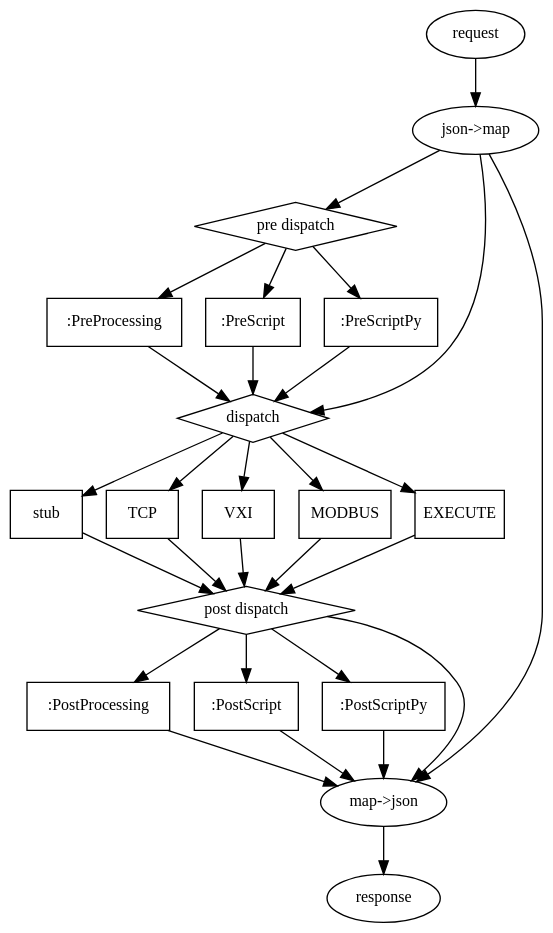
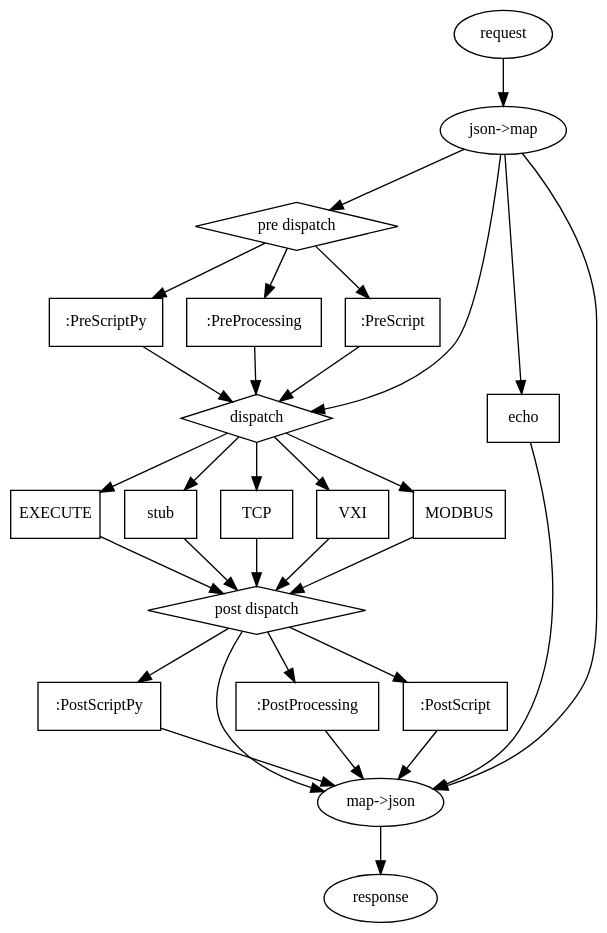
Before and after one commit to wactbprot/devhub: the diagram in docs/req-res.dot, drawn with Graphviz.

Commit message:
echo path

```diff
--- a/docs/req-res.dot
+++ b/docs/req-res.dot
@@ -1,75 +1,80 @@
 digraph  regexp {
         
         bgcolor=transparent                                                             
         node[//color=lightgray,
              //fontcolor=white,
              fontname="Ubuntu",
 	     fontsize=12]
         edge[
              fontname="Ubuntu",
              //color=lightgray
              ]
 
         req [label="request", URL="", tooltip="incomming request"];
         res [label="response", URL="", tooltip="outgoing response"];  
         j2m [label="json->map", URL="", tooltip="decode json to clojure map"];
 
         pre [shape=diamond, label="pre dispatch", URL="", tooltip="pre-scripts or pre-processing"];
         pre_js [shape=box, label=":PreProcessing", URL="", tooltip="pre-processing of js code"];
         pre_clj [shape=box, label=":PreScript", URL="", tooltip="clojure functions"]; 
         pre_py  [shape=box, label=":PreScriptPy", URL="", tooltip="pre-scripts with python3"]; 
 
+        echo [shape=box, label="echo", URL="", tooltip="echo"];
+        
         disp [shape=diamond, label="dispatch", URL="", tooltip="dispatch"];
         stub [shape=box, label="stub", URL="", tooltip="pre defind responses"];
         tcp [shape=box, label="TCP", URL="", tooltip="requests to tcp devices"];
         vxi [shape=box, label="VXI", URL="", tooltip="requests to vxi devices"];
         modbus [shape=box, label="MODBUS", URL="", tooltip="requests to modbus devices"];
         exec [shape=box, label="EXECUTE", URL="", tooltip="execution of commands"];
         
         
         post [shape=diamond, label="post dispatch", URL="", tooltip="post-scripts or post-processing"];
         post_js [shape=box, label=":PostProcessing", URL="", tooltip="post-processing of js code"];
         post_clj [shape=box, label=":PostScript", URL="", tooltip="clojure functions"]; 
         post_py  [shape=box, label=":PostScriptPy", URL="", tooltip="post-scripts with python3"]; 
 
         m2j [label="map->json", URL="", tooltip="clojure map to decode json"];
         
         req -> j2m
         j2m -> disp
+
+        j2m -> echo
+        echo -> m2j
         
         j2m -> pre
         pre -> pre_js
         pre -> pre_py
         pre -> pre_clj
         
         pre_js ->disp
         pre_py ->disp
         pre_clj->disp
 
         disp -> stub
 
         disp -> tcp
         disp -> vxi
         disp -> exec
         disp -> modbus
 
         tcp   -> post
         vxi   -> post
         exec  -> post
         modbus-> post        
         stub -> post
 
         post -> m2j
         post -> post_js
         post -> post_py
         post -> post_clj
 
         post_js -> m2j
         post_py -> m2j
         post_clj-> m2j
         
         j2m -> m2j
 
         
         m2j -> res
 }
```
